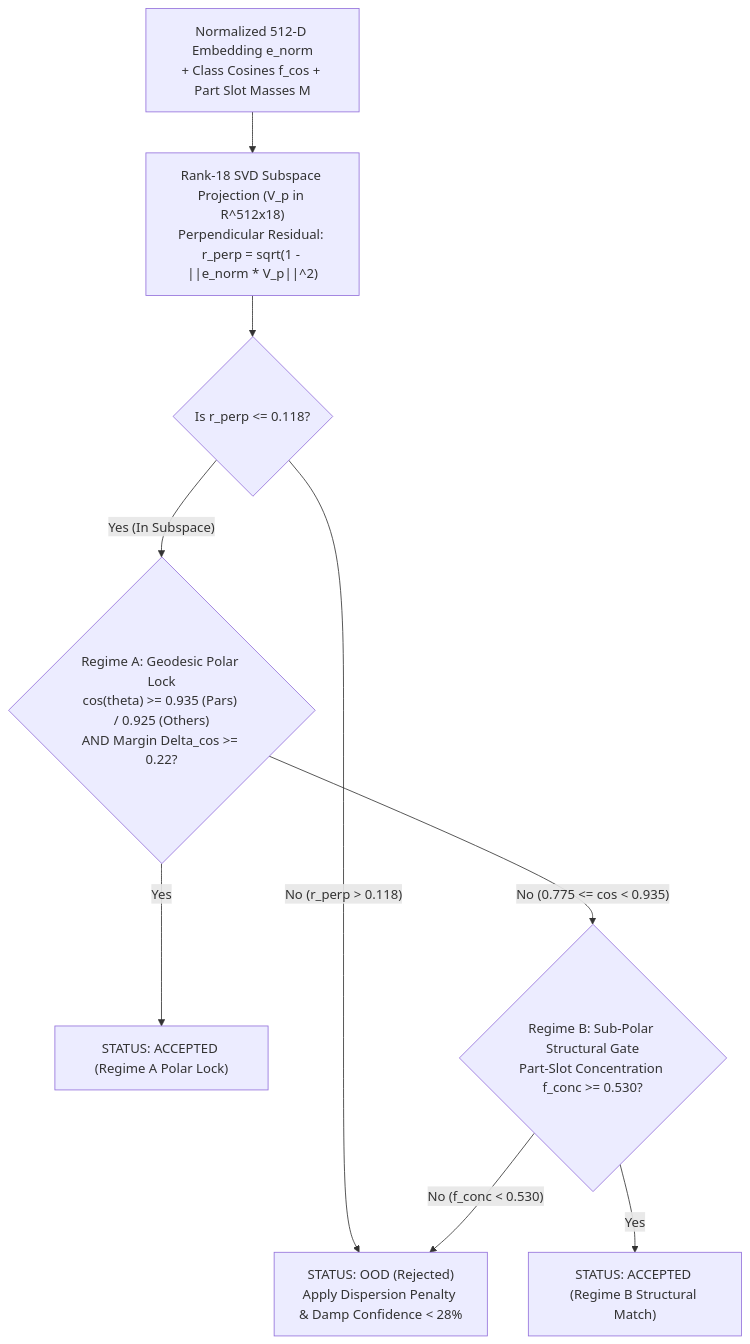
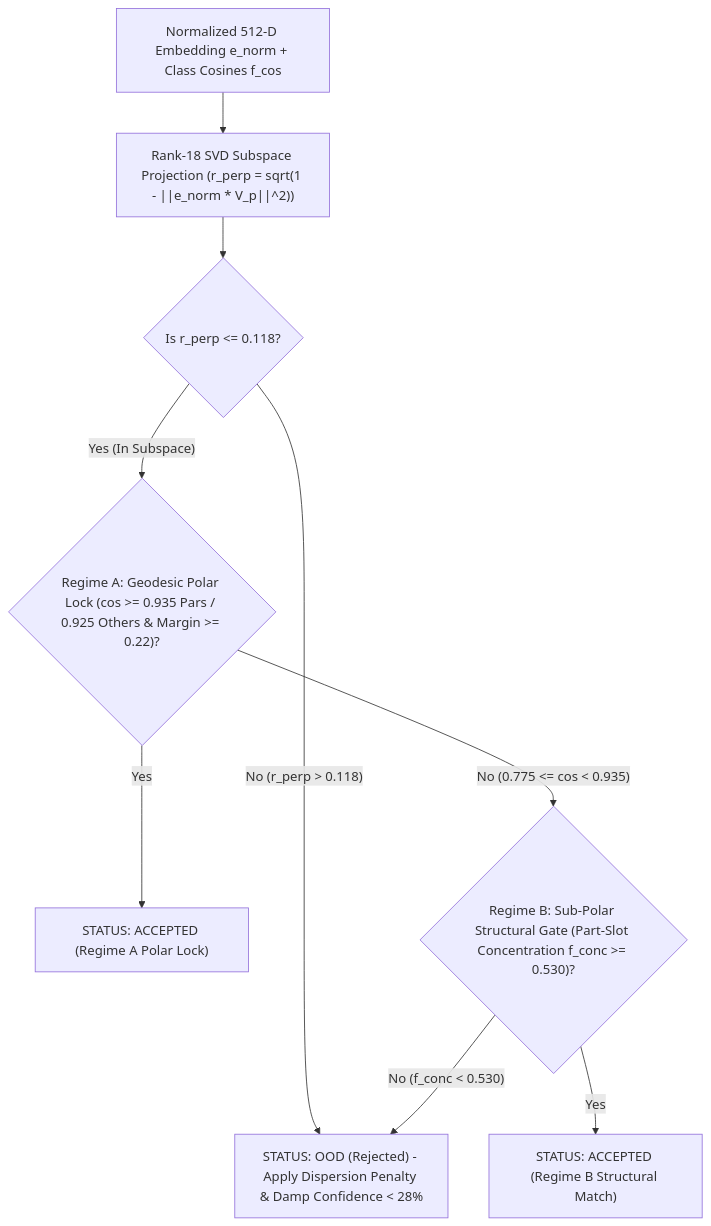
Before and after one commit to ahmadZMVD/FGVC-IR8: the fourth of 5 diagrams in README.fa.md, drawn with Mermaid. The commit also changed other lines of this file and 1 other file, not shown here.

````diff
--- a/README.fa.md
+++ b/README.fa.md
@@ -437,11 +448,11 @@
 ```mermaid
 flowchart TD
-    E["Normalized 512-D Embedding e_norm<br/>+ Class Cosines f_cos + Part Slot Masses M"] --> SVD["Rank-18 SVD Subspace Projection (V_p in R^512x18)<br/>Perpendicular Residual: r_perp = sqrt(1 - ||e_norm * V_p||^2)"]
+    E["Normalized 512-D Embedding e_norm + Class Cosines f_cos"] --> SVD["Rank-18 SVD Subspace Projection (r_perp = sqrt(1 - ||e_norm * V_p||^2))"]
     SVD --> C1{"Is r_perp <= 0.118?"}
-    C1 -- "No (r_perp > 0.118)" --> OOD["STATUS: OOD (Rejected)<br/>Apply Dispersion Penalty & Damp Confidence < 28%"]
-    C1 -- "Yes (In Subspace)" --> C2{"Regime A: Geodesic Polar Lock<br/>cos(theta) >= 0.935 (Pars) / 0.925 (Others)<br/>AND Margin Delta_cos >= 0.22?"}
+    C1 -- "No (r_perp > 0.118)" --> OOD["STATUS: OOD (Rejected) - Apply Dispersion Penalty & Damp Confidence < 28%"]
+    C1 -- "Yes (In Subspace)" --> C2{"Regime A: Geodesic Polar Lock (cos >= 0.935 Pars / 0.925 Others & Margin >= 0.22)?"}
     C2 -- "Yes" --> ACC1["STATUS: ACCEPTED (Regime A Polar Lock)"]
-    C2 -- "No (0.775 <= cos < 0.935)" --> C3{"Regime B: Sub-Polar Structural Gate<br/>Part-Slot Concentration f_conc >= 0.530?"}
+    C2 -- "No (0.775 <= cos < 0.935)" --> C3{"Regime B: Sub-Polar Structural Gate (Part-Slot Concentration f_conc >= 0.530)?"}
     C3 -- "Yes" --> ACC2["STATUS: ACCEPTED (Regime B Structural Match)"]
     C3 -- "No (f_conc < 0.530)" --> OOD
 ```
````
